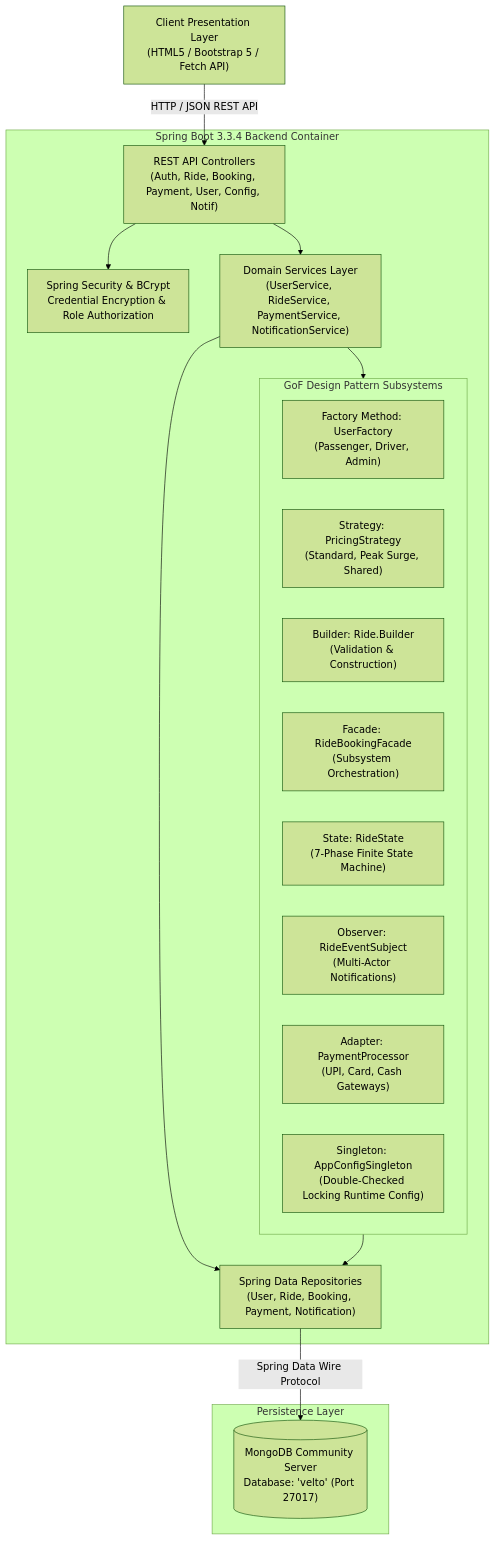
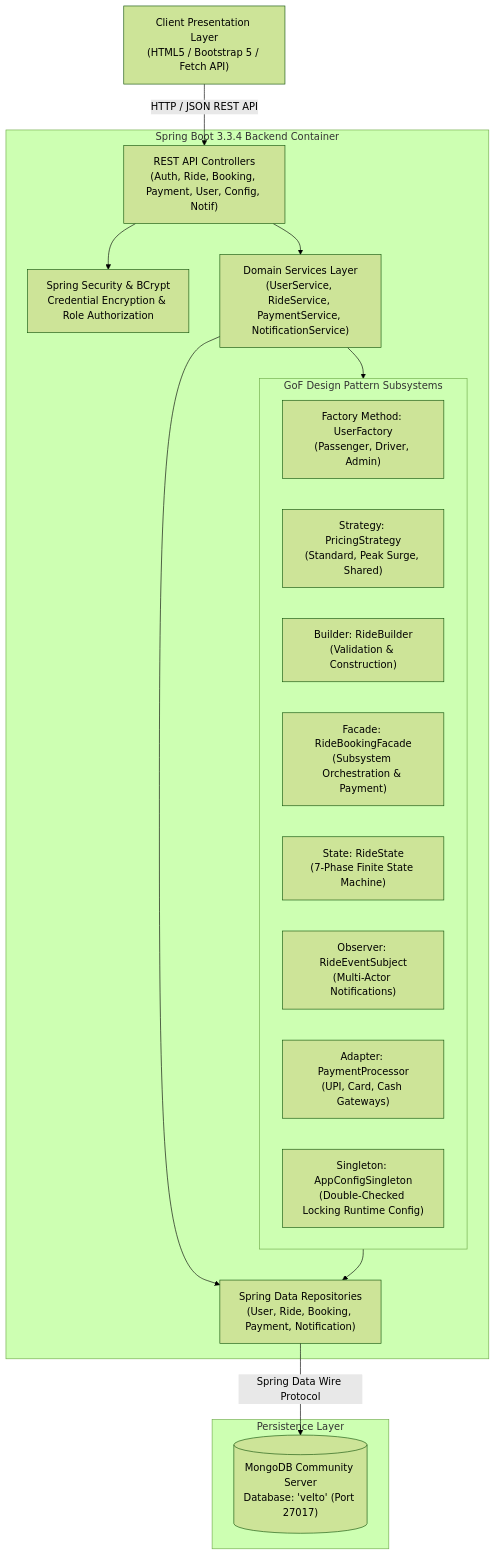
One commit to jjvk333-cloud/Ride-Sharing-System changed the first of 2 diagrams in documentation/ARCHITECTURE.md. Above: the diagram before and after it, drawn with Mermaid (forest theme). The commit also changed 24 other files, not shown here.

Commit message:
feat: complete production-grade overhaul - RideBuilder, Facade-Payment-Observer integration, Spring Security RBAC, 53 tests

````diff
--- a/documentation/ARCHITECTURE.md
+++ b/documentation/ARCHITECTURE.md
@@ -12,35 +12,35 @@
 ```mermaid
 graph TD
     Client["Client Presentation Layer<br>(HTML5 / Bootstrap 5 / Fetch API)"]
     
     subgraph SpringBootApp["Spring Boot 3.3.4 Backend Container"]
         Controller["REST API Controllers<br>(Auth, Ride, Booking, Payment, User, Config, Notif)"]
         Security["Spring Security & BCrypt<br>Credential Encryption & Role Authorization"]
         
         subgraph PatternLayer["GoF Design Pattern Subsystems"]
             F1["Factory Method: UserFactory<br>(Passenger, Driver, Admin)"]
             F2["Strategy: PricingStrategy<br>(Standard, Peak Surge, Shared)"]
-            F3["Builder: Ride.Builder<br>(Validation & Construction)"]
-            F4["Facade: RideBookingFacade<br>(Subsystem Orchestration)"]
+            F3["Builder: RideBuilder<br>(Validation & Construction)"]
+            F4["Facade: RideBookingFacade<br>(Subsystem Orchestration & Payment)"]
             F5["State: RideState<br>(7-Phase Finite State Machine)"]
             F6["Observer: RideEventSubject<br>(Multi-Actor Notifications)"]
             F7["Adapter: PaymentProcessor<br>(UPI, Card, Cash Gateways)"]
             F8["Singleton: AppConfigSingleton<br>(Double-Checked Locking Runtime Config)"]
         end
         
         Services["Domain Services Layer<br>(UserService, RideService, PaymentService, NotificationService)"]
         Repositories["Spring Data Repositories<br>(User, Ride, Booking, Payment, Notification)"]
     end
     
     subgraph DataStore["Persistence Layer"]
         MongoDB[("MongoDB Community Server<br>Database: 'velto' (Port 27017)")]
     end
 
     Client -->|HTTP / JSON REST API| Controller
     Controller --> Security
     Controller --> Services
     Services --> PatternLayer
     PatternLayer --> Repositories
     Services --> Repositories
     Repositories -->|Spring Data Wire Protocol| MongoDB
 ```
````
